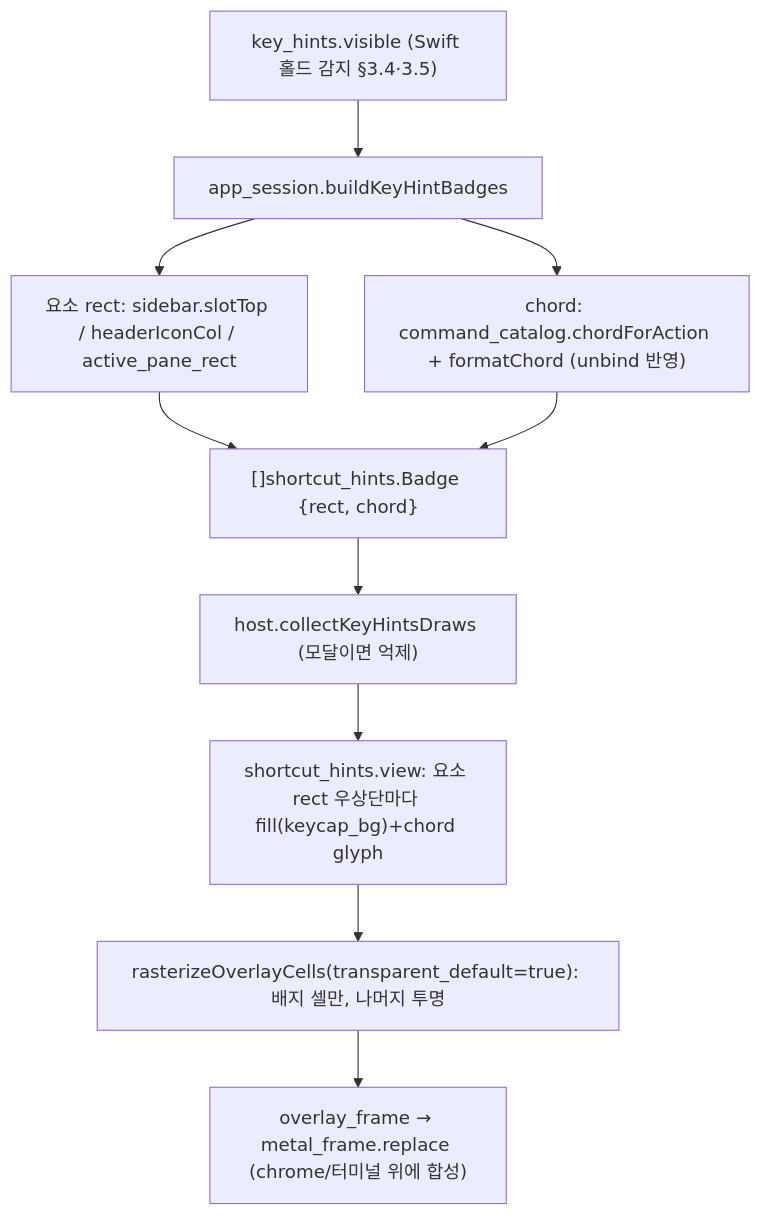
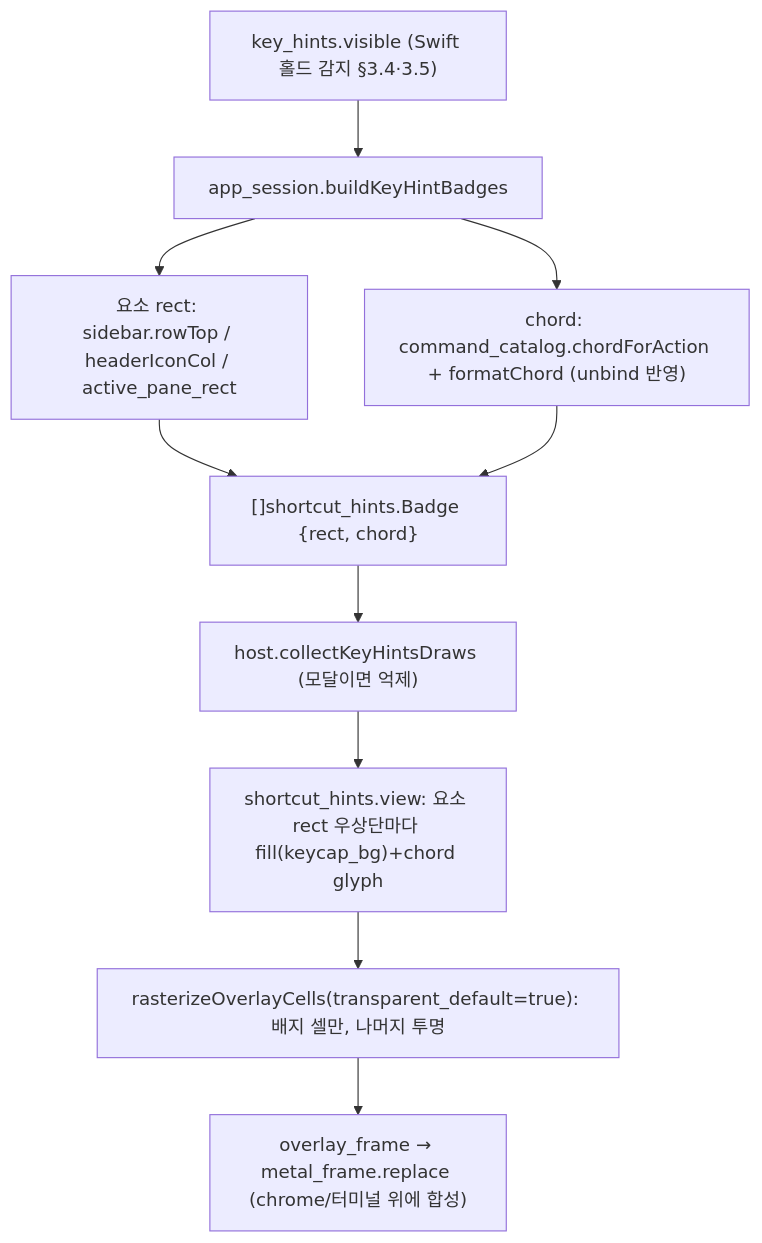
Before and after one commit to ohah/maru: the first of 3 diagrams in docs/keybind-hints.md, drawn with Mermaid. The commit also changed other lines of this file and 24 other files, not shown here.

````diff
--- a/docs/keybind-hints.md
+++ b/docs/keybind-hints.md
@@ -66,12 +66,12 @@
 ```mermaid
 flowchart TD
   V["key_hints.visible (Swift 홀드 감지 §3.4·3.5)"] --> BB["app_session.buildKeyHintBadges"]
-  BB --> RE["요소 rect: sidebar.slotTop / headerIconCol / active_pane_rect"]
+  BB --> RE["요소 rect: sidebar.rowTop / headerIconCol / active_pane_rect"]
   BB --> CH["chord: command_catalog.chordForAction + formatChord (unbind 반영)"]
   RE --> BD["[]shortcut_hints.Badge {rect, chord}"]
   CH --> BD
   BD --> CK["host.collectKeyHintsDraws (모달이면 억제)"]
   CK --> SV["shortcut_hints.view: 요소 rect 우상단마다 fill(keycap_bg)+chord glyph"]
   SV --> RA["rasterizeOverlayCells(transparent_default=true): 배지 셀만, 나머지 투명"]
   RA --> MF["overlay_frame → metal_frame.replace (chrome/터미널 위에 합성)"]
 ```
````
